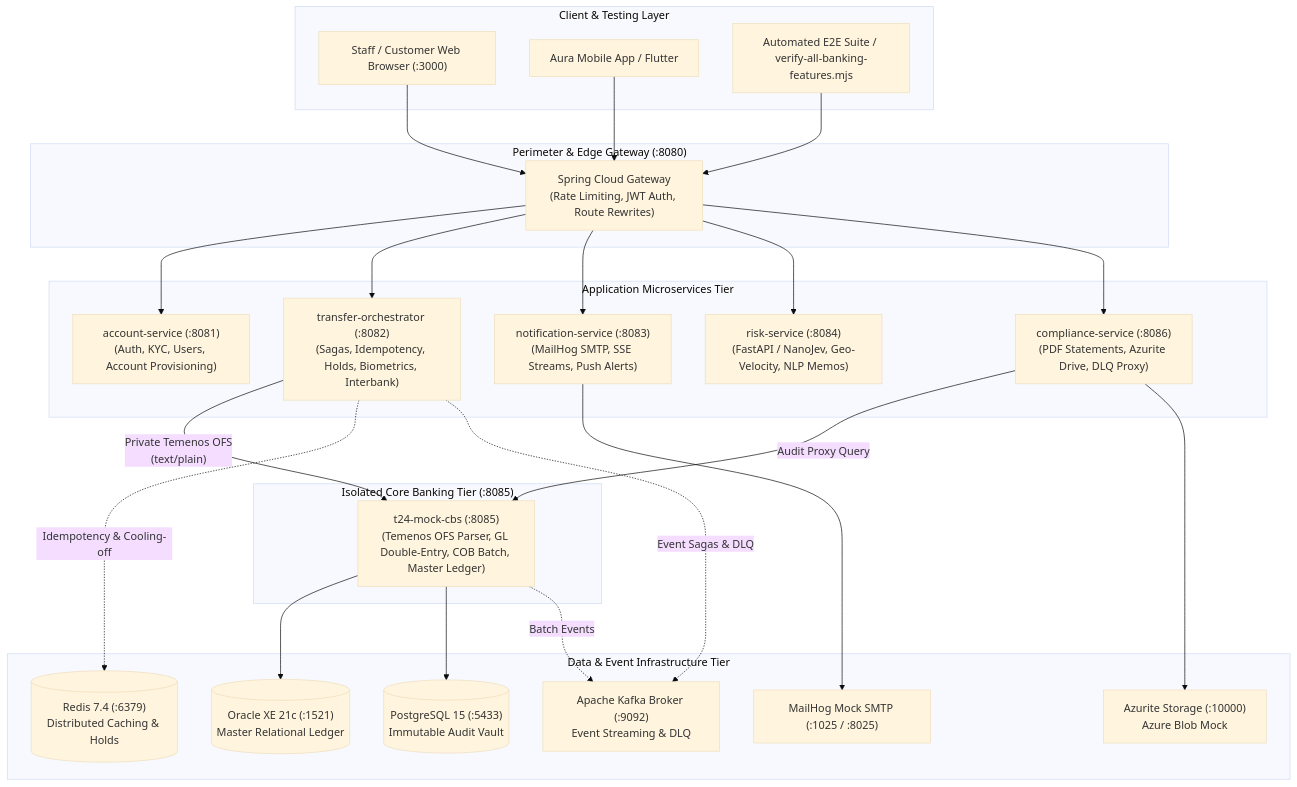
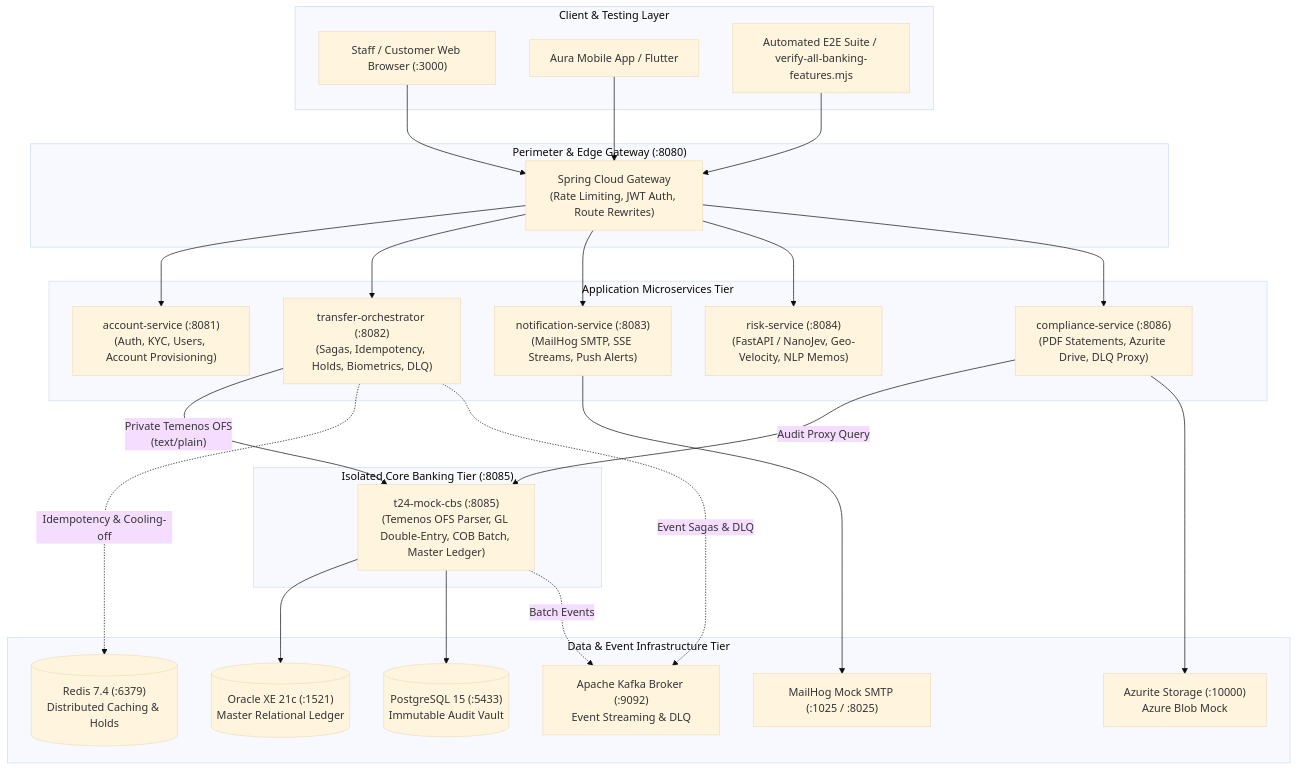
One commit to romzelmadidev/group3_fse_capstone changed the first of 2 diagrams in docs/pr/01_INFRASTRUCTURE_ARCHITECTURE.md. Above: the diagram before and after it, drawn with Mermaid (base theme). The commit also changed other lines of this file and 4 other files, not shown here.

Commit message:
docs: scope PR description and runbooks to T24 CBS core banking, deferring interbank transfer

````diff
--- a/docs/pr/01_INFRASTRUCTURE_ARCHITECTURE.md
+++ b/docs/pr/01_INFRASTRUCTURE_ARCHITECTURE.md
@@ -11,55 +11,55 @@
 ```mermaid
 graph TB
     subgraph Client_Layer ["Client & Testing Layer"]
         Browser["Staff / Customer Web Browser (:3000)"]
         Mobile["Aura Mobile App / Flutter"]
         E2E["Automated E2E Suite / verify-all-banking-features.mjs"]
     end
 
     subgraph Perimeter_Layer ["Perimeter & Edge Gateway (:8080)"]
         GW["Spring Cloud Gateway<br/>(Rate Limiting, JWT Auth, Route Rewrites)"]
     end
 
     subgraph Application_Tier ["Application Microservices Tier"]
         ACCT["account-service (:8081)<br/>(Auth, KYC, Users, Account Provisioning)"]
-        ORCH["transfer-orchestrator (:8082)<br/>(Sagas, Idempotency, Holds, Biometrics, Interbank)"]
+        ORCH["transfer-orchestrator (:8082)<br/>(Sagas, Idempotency, Holds, Biometrics, DLQ)"]
         NOTIF["notification-service (:8083)<br/>(MailHog SMTP, SSE Streams, Push Alerts)"]
         RISK["risk-service (:8084)<br/>(FastAPI / NanoJev, Geo-Velocity, NLP Memos)"]
         COMP["compliance-service (:8086)<br/>(PDF Statements, Azurite Drive, DLQ Proxy)"]
     end
 
     subgraph Core_Banking_Tier ["Isolated Core Banking Tier (:8085)"]
         CBS["t24-mock-cbs (:8085)<br/>(Temenos OFS Parser, GL Double-Entry, COB Batch, Master Ledger)"]
     end
 
     subgraph Data_Tier ["Data & Event Infrastructure Tier"]
         ORACLE[("Oracle XE 21c (:1521)<br/>Master Relational Ledger")]
         PG[("PostgreSQL 15 (:5433)<br/>Immutable Audit Vault")]
         REDIS[("Redis 7.4 (:6379)<br/>Distributed Caching & Holds")]
         KAFKA["Apache Kafka Broker (:9092)<br/>Event Streaming & DLQ"]
         AZURITE["Azurite Storage (:10000)<br/>Azure Blob Mock"]
         MAILHOG["MailHog Mock SMTP (:1025 / :8025)"]
     end
 
     Browser --> GW
     Mobile --> GW
     E2E --> GW
 
     GW --> ACCT
     GW --> ORCH
     GW --> NOTIF
     GW --> RISK
     GW --> COMP
 
     ORCH -- "Private Temenos OFS<br/>(text/plain)" --> CBS
     COMP -- "Audit Proxy Query" --> CBS
 
     ORCH -. "Idempotency & Cooling-off" .-> REDIS
     ORCH -. "Event Sagas & DLQ" .-> KAFKA
 
     CBS --> ORACLE
     CBS --> PG
     CBS -. "Batch Events" .-> KAFKA
     COMP --> AZURITE
     NOTIF --> MAILHOG
 ```
````
